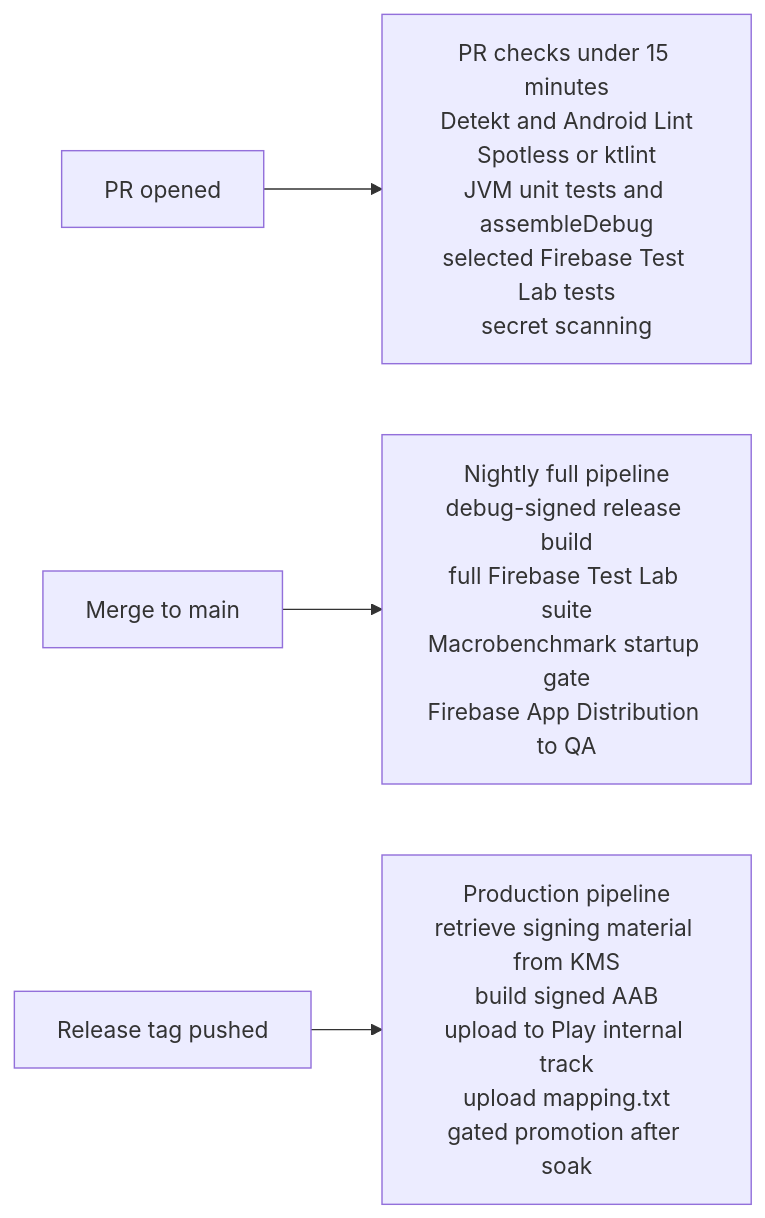
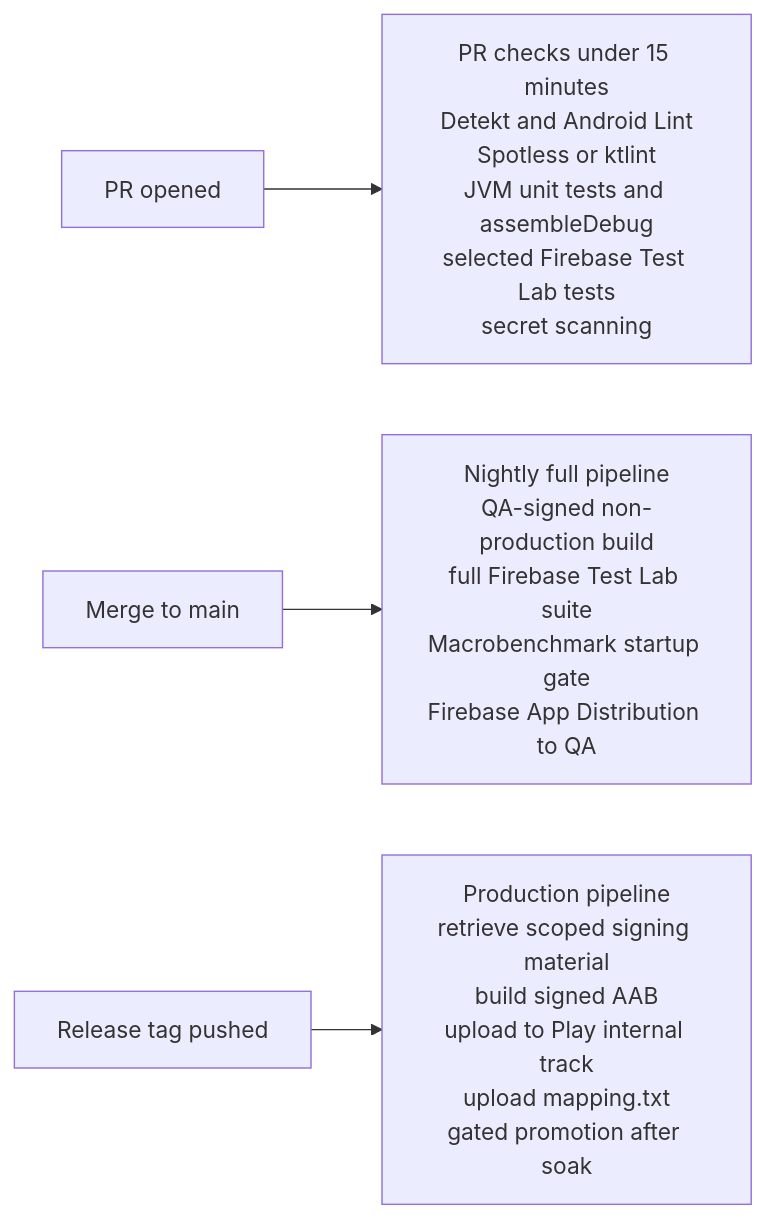
The diagram in release-engineering/ci-cd-for-mobile.md (swarnsingh/android-staff-engineer-playbook-website), drawn with Mermaid before and after one commit. The commit also changed other lines of this file and 27 other files, not shown here.

````diff
--- a/release-engineering/ci-cd-for-mobile.md
+++ b/release-engineering/ci-cd-for-mobile.md
@@ -9,6 +9,6 @@
 ```mermaid
 flowchart LR
     pr["PR opened"] --> prChecks["PR checks under 15 minutes<br/>Detekt and Android Lint<br/>Spotless or ktlint<br/>JVM unit tests and assembleDebug<br/>selected Firebase Test Lab tests<br/>secret scanning"]
-    merge["Merge to main"] --> nightly["Nightly full pipeline<br/>debug-signed release build<br/>full Firebase Test Lab suite<br/>Macrobenchmark startup gate<br/>Firebase App Distribution to QA"]
-    tag["Release tag pushed"] --> production["Production pipeline<br/>retrieve signing material from KMS<br/>build signed AAB<br/>upload to Play internal track<br/>upload mapping.txt<br/>gated promotion after soak"]
+    merge["Merge to main"] --> nightly["Nightly full pipeline<br/>QA-signed non-production build<br/>full Firebase Test Lab suite<br/>Macrobenchmark startup gate<br/>Firebase App Distribution to QA"]
+    tag["Release tag pushed"] --> production["Production pipeline<br/>retrieve scoped signing material<br/>build signed AAB<br/>upload to Play internal track<br/>upload mapping.txt<br/>gated promotion after soak"]
 ```
````
